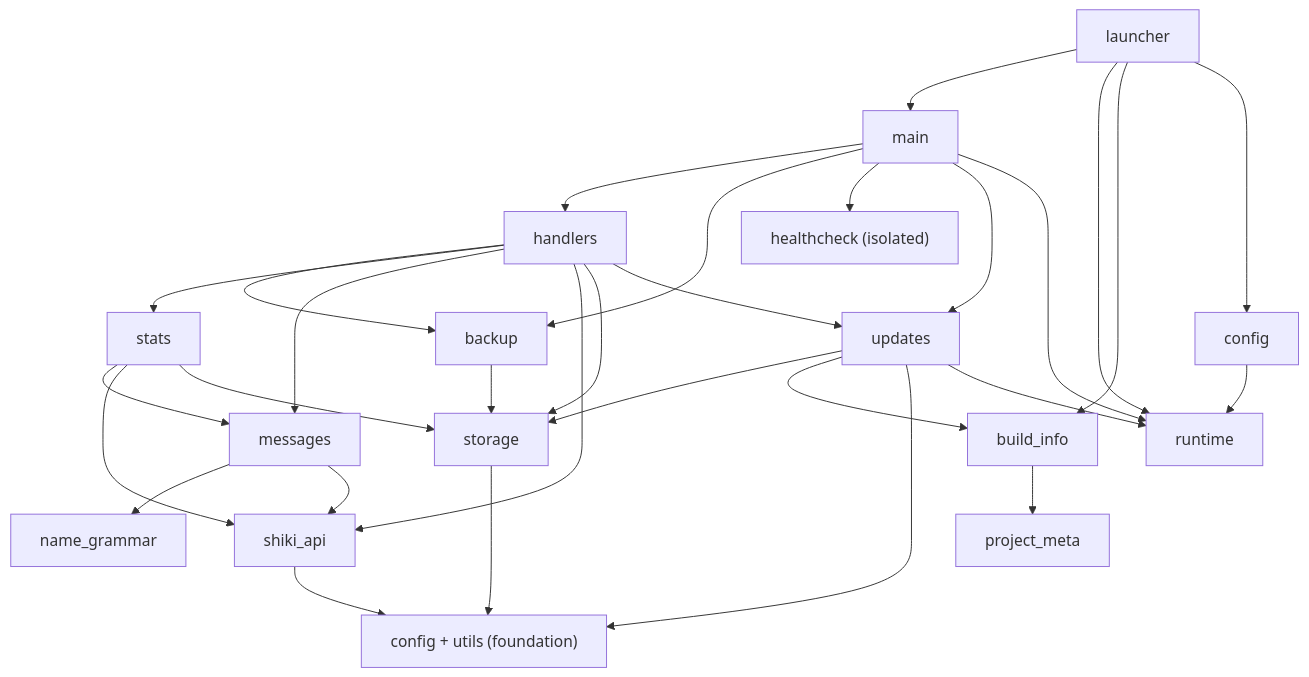
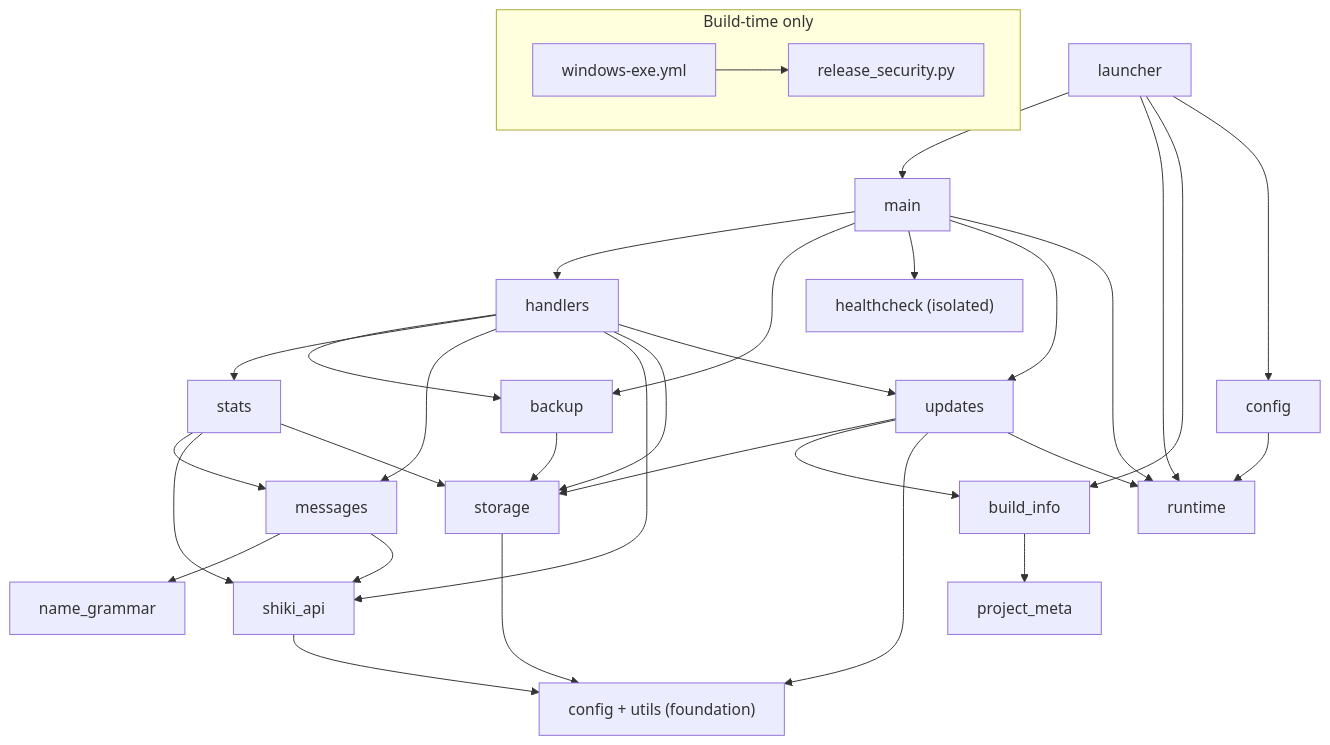
One commit to WorgaNomoR/ShikiUpdatesBot changed the diagram in AGENTS.md. Above: the diagram before and after it, drawn with Mermaid. The commit also changed other lines of this file and 16 other files, not shown here.

````diff
--- a/AGENTS.md
+++ b/AGENTS.md
@@ -74,33 +75,36 @@
 ```mermaid
 graph TD
     launcher --> main
     launcher --> runtime
     launcher --> build_info
     launcher --> config
     main --> handlers
     main --> backup
     main --> healthcheck
     main --> updates
     main --> runtime
     handlers --> backup
     handlers --> stats
     handlers --> messages
     handlers --> shiki_api
     handlers --> storage
     handlers --> updates
     updates --> storage
     updates --> build_info
     build_info --> project_meta
     updates --> base
     updates --> runtime
     stats --> messages
     stats --> shiki_api
     stats --> storage
     messages --> name_grammar
     messages --> shiki_api
     backup --> storage
     storage --> base["config + utils (foundation)"]
     shiki_api --> base
     config --> runtime
     healthcheck["healthcheck (isolated)"]
+    subgraph build_time["Build-time only"]
+        windows_workflow["windows-exe.yml"] --> release_security["release_security.py"]
+    end
 ```
````
